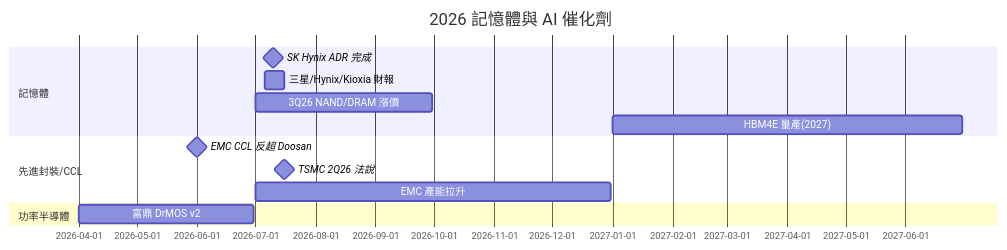
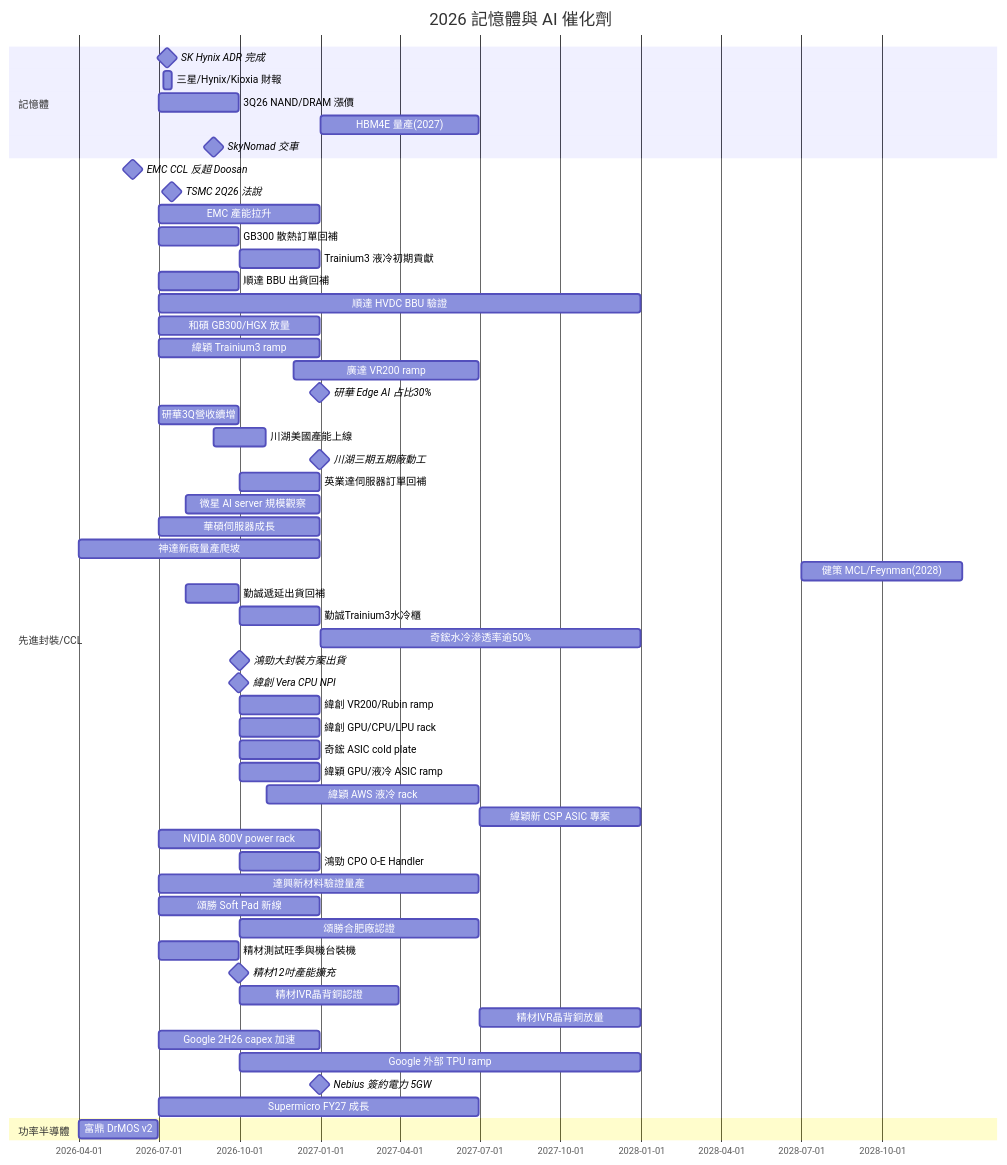
One commit to kevn950324/wiki_Stockv2 changed the diagram in content/lib/5.schedule/時程_2026記憶體與AI催化劑.md. Above: the diagram before and after it, drawn with Mermaid. The commit also changed other lines of this file and 663 other files, not shown here.

````diff
--- a/content/lib/5.schedule/時程_2026記憶體與AI催化劑.md
+++ b/content/lib/5.schedule/時程_2026記憶體與AI催化劑.md
@@ -30,16 +127,57 @@
 ```mermaid
 gantt
     title 2026 記憶體與 AI 催化劑
     dateFormat YYYY-MM-DD
     section 記憶體
     SK Hynix ADR 完成      :milestone, 2026-07-10, 0d
     三星/Hynix/Kioxia 財報  :2026-07-06, 10d
     3Q26 NAND/DRAM 漲價     :2026-07-01, 2026-09-30
     HBM4E 量產(2027)        :2027-01-01, 2027-06-30
+    SkyNomad 交車           :milestone, 2026-09-01, 0d
     section 先進封裝/CCL
     EMC CCL 反超 Doosan     :milestone, 2026-06-01, 0d
     TSMC 2Q26 法說          :milestone, 2026-07-16, 0d
     EMC 產能拉升            :2026-07-01, 2026-12-31
+    GB300 散熱訂單回補     :2026-07-01, 2026-09-30
+    Trainium3 液冷初期貢獻 :2026-10-01, 2026-12-31
+    順達 BBU 出貨回補       :2026-07-01, 2026-09-30
+    順達 HVDC BBU 驗證      :2026-07-01, 2027-12-31
+    和碩 GB300/HGX 放量      :2026-07-01, 2026-12-31
+    緯穎 Trainium3 ramp      :2026-07-01, 2026-12-31
+    廣達 VR200 ramp          :2026-12-01, 2027-06-30
+    研華 Edge AI 占比30%     :milestone, 2026-12-31, 0d
+    研華3Q營收續增            :2026-07-01, 2026-09-30
+    川湖美國產能上線         :2026-09-01, 2026-10-31
+    川湖三期五期廠動工       :milestone, 2026-12-31, 0d
+    英業達伺服器訂單回補     :2026-10-01, 2026-12-31
+    微星 AI server 規模觀察  :2026-08-01, 2026-12-31
+    華碩伺服器成長            :2026-07-01, 2026-12-31
+    神達新廠量產爬坡          :2026-04-01, 2026-12-31
+    健策 MCL/Feynman(2028)    :2028-07-01, 2028-12-31
+    勤誠遞延出貨回補          :2026-08-01, 2026-09-30
+    勤誠Trainium3水冷櫃       :2026-10-01, 2026-12-31
+    奇鋐水冷滲透率逾50%       :2027-01-01, 2027-12-31
+    鴻勁大封裝方案出貨       :milestone, 2026-10-01, 0d
+    緯創 Vera CPU NPI         :milestone, 2026-09-30, 0d
+    緯創 VR200/Rubin ramp     :2026-10-01, 2026-12-31
+    緯創 GPU/CPU/LPU rack     :2026-10-01, 2026-12-31
+    奇鋐 ASIC cold plate      :2026-10-01, 2026-12-31
+    緯穎 GPU/液冷 ASIC ramp   :2026-10-01, 2026-12-31
+    緯穎 AWS 液冷 rack        :2026-11-01, 2027-06-30
+    緯穎新 CSP ASIC 專案       :2027-07-01, 2027-12-31
+    NVIDIA 800V power rack    :2026-07-01, 2026-12-31
+    鴻勁 CPO O-E Handler      :2026-10-01, 2026-12-31
+    達興新材料驗證量產        :2026-07-01, 2027-06-30
+    頌勝 Soft Pad 新線         :2026-07-01, 2026-12-31
+    頌勝合肥廠認證             :2026-10-01, 2027-06-30
+    精材測試旺季與機台裝機     :2026-07-01, 2026-09-30
+    精材12吋產能擴充           :milestone, 2026-09-30, 0d
+    精材IVR晶背銅認證           :2026-10-01, 2027-03-31
+    精材IVR晶背銅放量           :2027-07-01, 2027-12-31
+    Google 2H26 capex 加速      :2026-07-01, 2026-12-31
+    Google 外部 TPU ramp        :2026-10-01, 2027-12-31
+    Nebius 簽約電力 5GW         :milestone, 2026-12-31, 0d
+    Supermicro FY27 成長        :2026-07-01, 2027-06-30
     section 功率半導體
     富鼎 DrMOS v2           :2026-04-01, 2026-06-30
 ```
````
